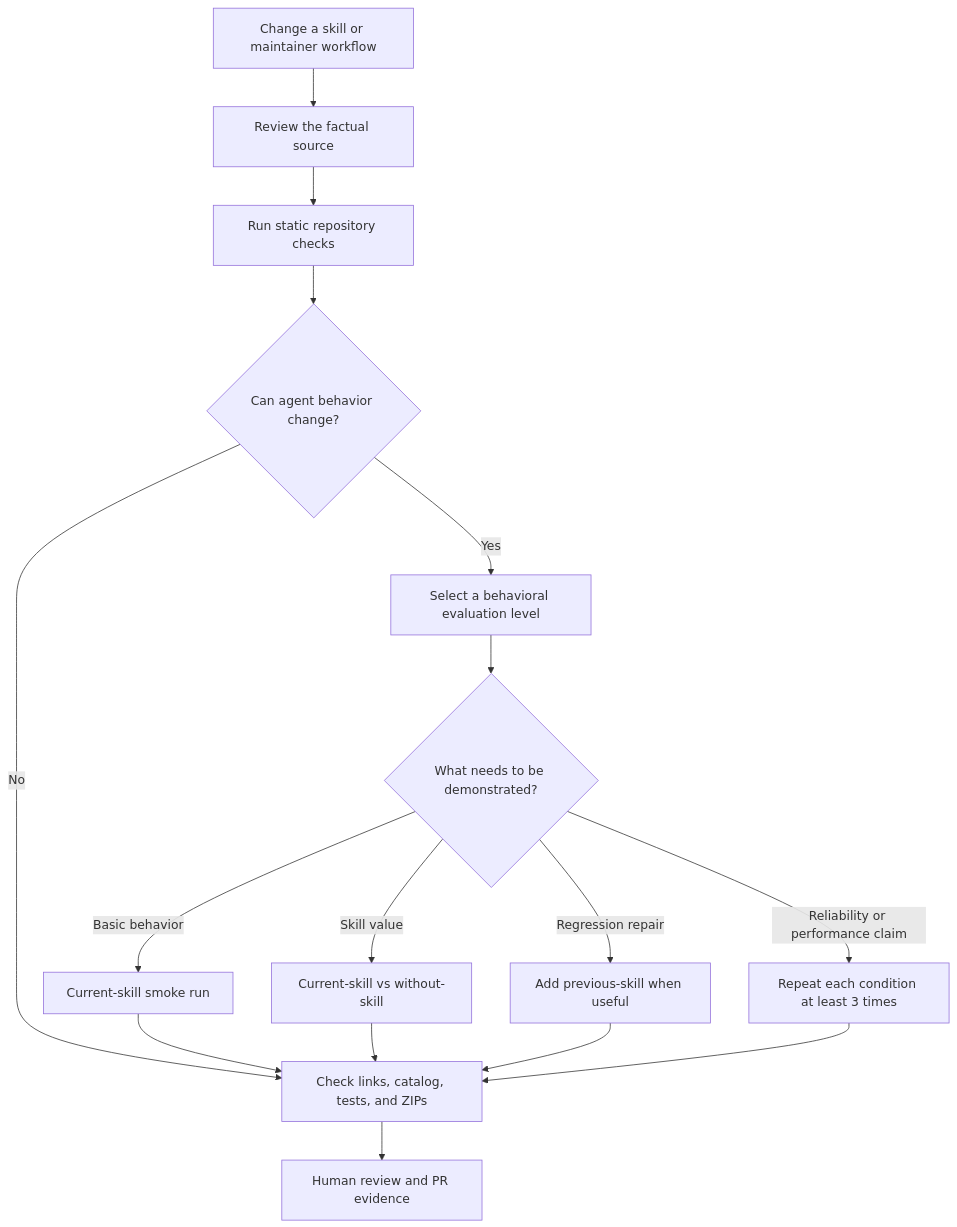
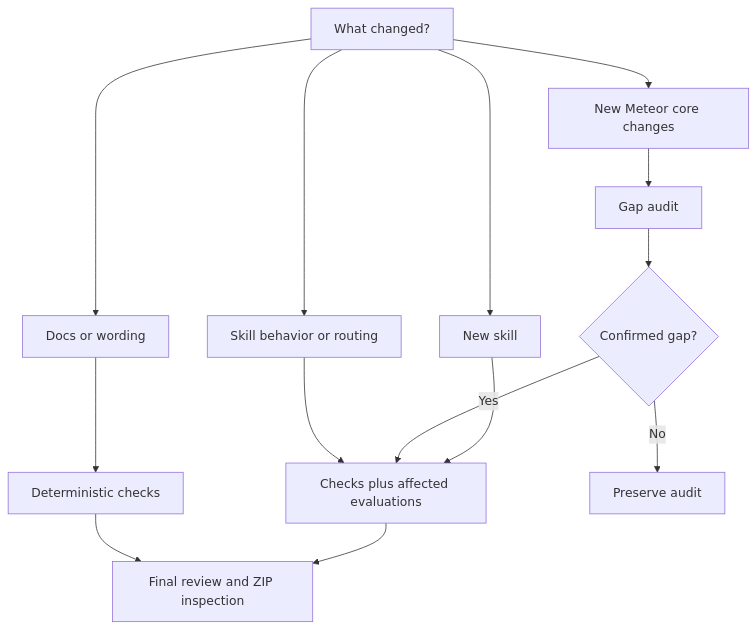
Before and after one commit to meteor/agent-skills: the first of 2 diagrams in docs/maintenance-verification.md, drawn with Mermaid. The commit also changed other lines of this file and 3 other files, not shown here.

````diff
--- a/docs/maintenance-verification.md
+++ b/docs/maintenance-verification.md
@@ -20,18 +12,16 @@
 ```mermaid
 flowchart TD
-  A[Change a skill or maintainer workflow] --> B[Review the factual source]
-  B --> C[Run static repository checks]
-  C --> D{Can agent behavior change?}
-  D -->|No| E[Check links, catalog, tests, and ZIPs]
-  D -->|Yes| F[Select a behavioral evaluation level]
-  F --> G{What needs to be demonstrated?}
-  G -->|Basic behavior| H[Current-skill smoke run]
-  G -->|Skill value| I[Current-skill vs without-skill]
-  G -->|Regression repair| J[Add previous-skill when useful]
-  G -->|Reliability or performance claim| K[Repeat each condition at least 3 times]
-  H --> E
-  I --> E
-  J --> E
-  K --> E
-  E --> L[Human review and PR evidence]
+  A[What changed?] --> B[Docs or wording]
+  A --> C[Skill behavior or routing]
+  A --> D[New Meteor core changes]
+  A --> E[New skill]
+  B --> F[Deterministic checks]
+  C --> G[Checks plus affected evaluations]
+  D --> H[Gap audit]
+  H --> I{Confirmed gap?}
+  I -->|Yes| G
+  I -->|No| J[Preserve audit]
+  E --> G
+  F --> K[Final review and ZIP inspection]
+  G --> K
 ```
````
